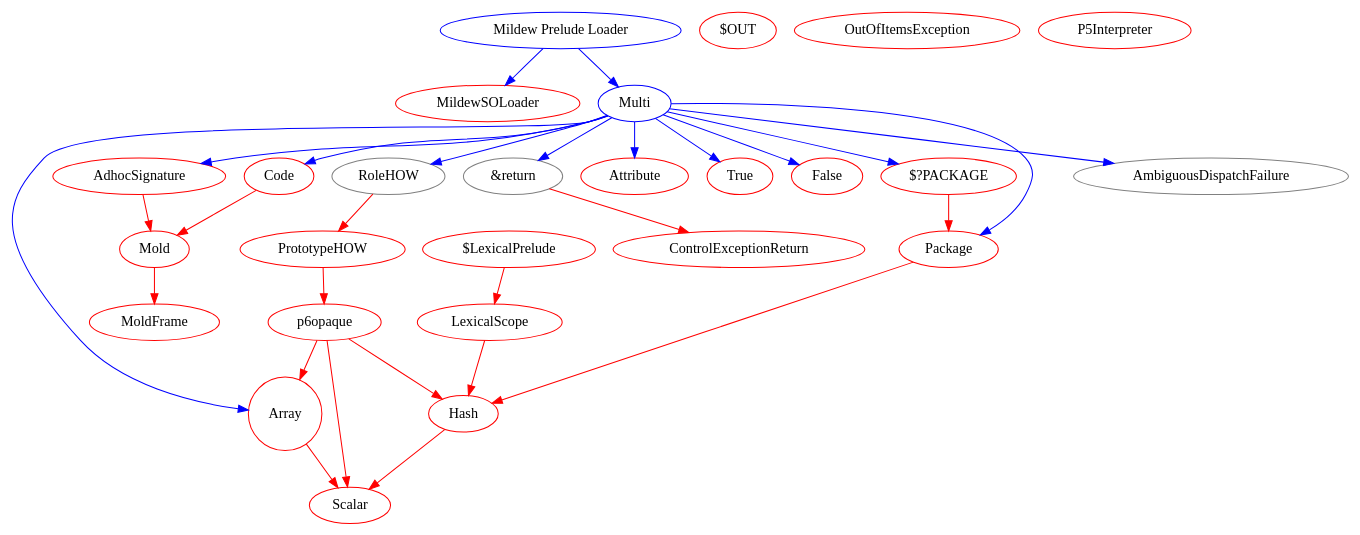
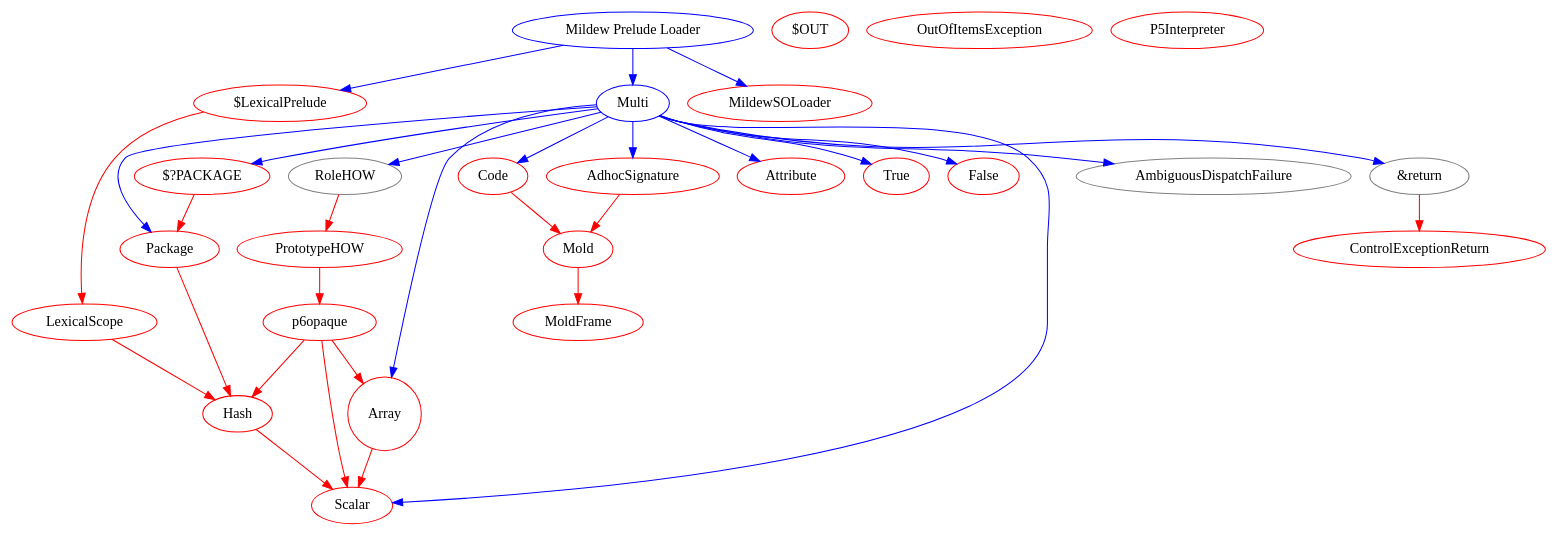
One commit to Raku/mu changed the diagram in v6/mildew/bootstrap.dot. Above: the diagram before and after it, drawn with Graphviz.

Commit message:
[mildew] advancing a little bit in the bootstrap.dot

```diff
--- a/v6/mildew/bootstrap.dot
+++ b/v6/mildew/bootstrap.dot
@@ -1,108 +1,110 @@
 digraph "SMOP and Mildew Typesystem Bootstrap"
 {
 
  /*
   * This are the types defined in the SMOP initialization.
   *
   * gray nodes mean nodes that are going to be defined in C.
   * Red nodes mean nodes defined in C or C+m0ld.
   * Red links mean C symbol lookup, instead of lexical lookup.
   */
 
  s1p_hash [color=red, label=Hash]; s1p_array [shape=circle,
  color=red, label=Array]; s1p_io [color=red,
  label="$OUT"]; mold [color=red, label=Mold];
  mold_frame[color=red, label=MoldFrame];
 
  mold -> mold_frame [color=red];
 
  s1p_code [color=red, label=Code];
  s1p_package [color=red, label=Package];
  outer_package [color=red, label="$?PACKAGE"];
 
  outer_package -> s1p_package [color=red];
  s1p_package -> s1p_hash [color=red];
  s1p_code -> mold [color=red];
  
  s1p_adhoc_signature [color=red, label="AdhocSignature"];
 
  s1p_adhoc_signature -> mold [color=red];
 
  s1p_scalar [color=red, label="Scalar"];
 
  s1p_hash -> s1p_scalar [color=red];
  s1p_array -> s1p_scalar [color=red];
 
  s1p_attribute [color=red, label=Attribute];
 
  p6opaque [color=red]
 
  p6opaque -> s1p_hash [color=red];
  p6opaque -> s1p_scalar [color=red];
  p6opaque -> s1p_array [color=red];
 
  s1p_prototypehow [color=red, label=PrototypeHOW];
 
  s1p_prototypehow -> p6opaque [color=red]
 
  controlexceptionreturn [color=red, label=ControlExceptionReturn];
 
  outofitemsexception [color=red, label=OutOfItemsException];
 
  p5interpreter [color=red, label=P5Interpreter];
 
  s1p_lexicalscope [color=red, label=LexicalScope];
 
  s1p_lexicalscope -> s1p_hash [color=red];
 
  lexical_prelude_var [color=red, label="$LexicalPrelude"];
 
  lexical_prelude_var -> s1p_lexicalscope [color=red];
 
  mildewsoloader [color=red, label="MildewSOLoader"];
 
  native_bool_true [color=red, label="True"];
  native_bool_false [color=red, label="False"];
 
  s1p_rolehow [color=gray, label="RoleHOW"];
  s1p_rolehow -> s1p_prototypehow [color=red];
 
  s1p_return [color=gray, label="&return"];
  s1p_return -> controlexceptionreturn [color=red];
 
  ambiguousdispatchfailure [color=gray, label="AmbiguousDispatchFailure"];
 
  /*
   * now we start defining types in a higher level
   *
   * nodes written in regular Perl 6 are in blue
   * nodes simplified for bootstrapping are in black
   *
   * Links in red are C symbol lookup,
   * in black are simplified lookup (multi variants by long name, for instance)
   * in blue are regular lookups
   *
   */
 
 
   // Multi should be reinitted some times...
   Multi_s0 [color=blue, label="Multi"];
   Multi_s0 -> s1p_rolehow [color=blue];
   Multi_s0 -> s1p_package [color=blue];
   Multi_s0 -> outer_package [color=blue];
   Multi_s0 -> s1p_adhoc_signature [color=blue];
   Multi_s0 -> s1p_attribute [color=blue];
   Multi_s0 -> s1p_array [color=blue];
+  Multi_s0 -> s1p_scalar [color=blue];
   Multi_s0 -> s1p_code [color=blue];
   Multi_s0 -> s1p_return [color=blue];
   Multi_s0 -> ambiguousdispatchfailure [color=blue];
   Multi_s0 -> native_bool_false [color=blue];
   Multi_s0 -> native_bool_true [color=blue];
 
   Prelude [color=blue, label="Mildew Prelude Loader"];
   Prelude -> mildewsoloader [color=blue];
   Prelude -> Multi_s0 [color=blue];
+  Prelude -> lexical_prelude_var [color=blue];
 
 
 
 }
```
